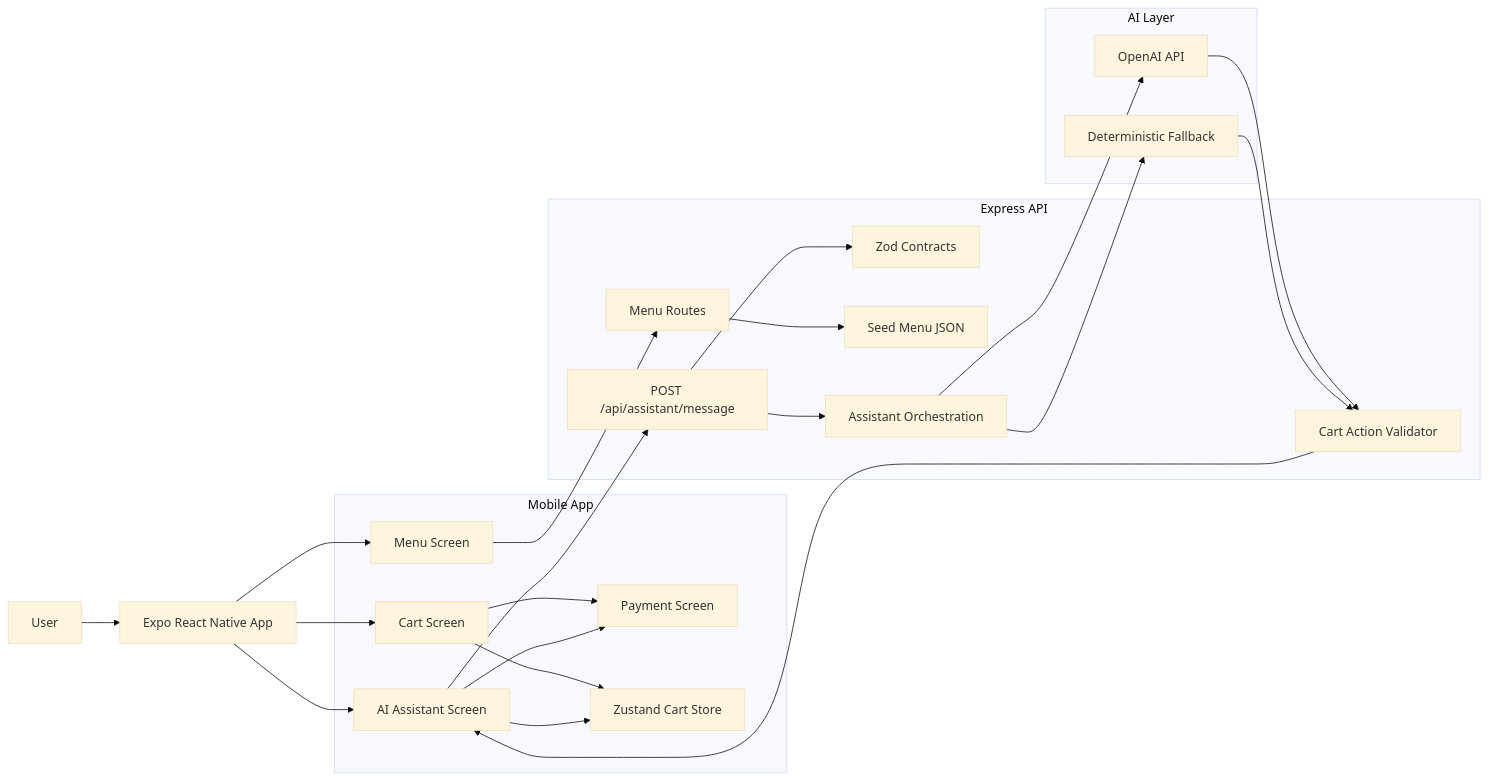
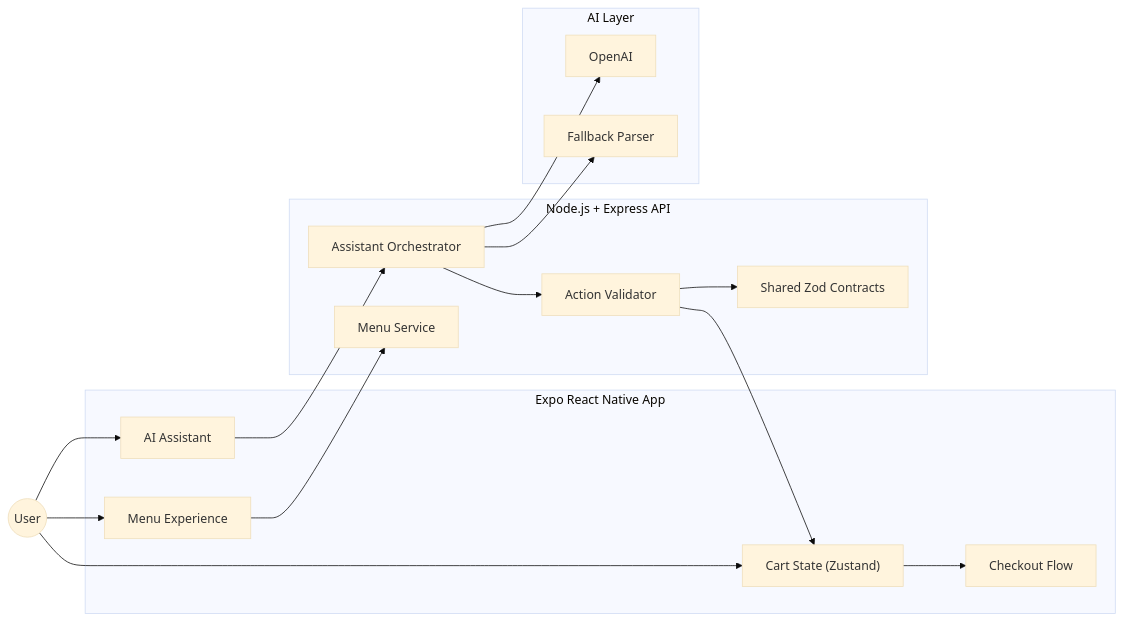
Before and after one commit to samarth1412/Intelligent-bistro: the first of 5 diagrams in README.md, drawn with Mermaid (base theme). The commit also changed other lines of this file, not shown here.

Commit message:
updated flowcharts

````diff
--- a/README.md
+++ b/README.md
@@ -37,44 +37,40 @@
 ```mermaid
 flowchart LR
-  User[User] --> Mobile[Expo React Native App]
 
-  subgraph MobileApp[Mobile App]
-    MenuScreen[Menu Screen]
-    CartScreen[Cart Screen]
-    AssistantScreen[AI Assistant Screen]
-    PaymentScreen[Payment Screen]
-    CartStore[Zustand Cart Store]
+  User((User))
+
+  subgraph Mobile["Expo React Native App"]
+    Menu["Menu Experience"]
+    Cart["Cart State (Zustand)"]
+    Chat["AI Assistant"]
+    Checkout["Checkout Flow"]
   end
 
-  subgraph API[Express API]
-    MenuRoutes[Menu Routes]
-    AssistantRoute[POST /api/assistant/message]
-    Contracts[Zod Contracts]
-    MenuData[Seed Menu JSON]
-    AssistantService[Assistant Orchestration]
-    ActionValidator[Cart Action Validator]
+  subgraph Backend["Node.js + Express API"]
+    Assistant["Assistant Orchestrator"]
+    Validator["Action Validator"]
+    MenuAPI["Menu Service"]
+    Contracts["Shared Zod Contracts"]
   end
 
   subgraph AI[AI Layer]
-    OpenAI[OpenAI API]
-    Fallback[Deterministic Fallback]
+    OpenAI["OpenAI"]
+    Fallback["Fallback Parser"]
   end
 
-  Mobile --> MenuScreen
-  Mobile --> CartScreen
-  Mobile --> AssistantScreen
-  CartScreen --> PaymentScreen
-  AssistantScreen --> PaymentScreen
-  MenuScreen --> MenuRoutes
-  CartScreen --> CartStore
-  AssistantScreen --> CartStore
-  AssistantScreen --> AssistantRoute
-  MenuRoutes --> MenuData
-  AssistantRoute --> Contracts
-  AssistantRoute --> AssistantService
-  AssistantService --> OpenAI
-  AssistantService --> Fallback
-  OpenAI --> ActionValidator
-  Fallback --> ActionValidator
-  ActionValidator --> AssistantScreen
+  User --> Menu
+  User --> Chat
+  User --> Cart
+
+  Menu --> MenuAPI
+  Chat --> Assistant
+
+  Assistant --> OpenAI
+  Assistant --> Fallback
+
+  Assistant --> Validator
+  Validator --> Contracts
+
+  Validator --> Cart
+  Cart --> Checkout
 ```
````
